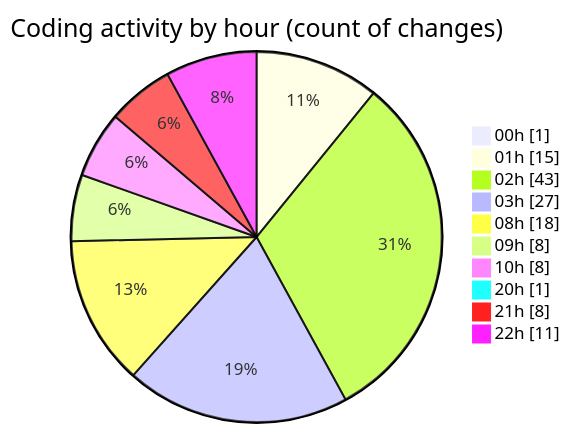
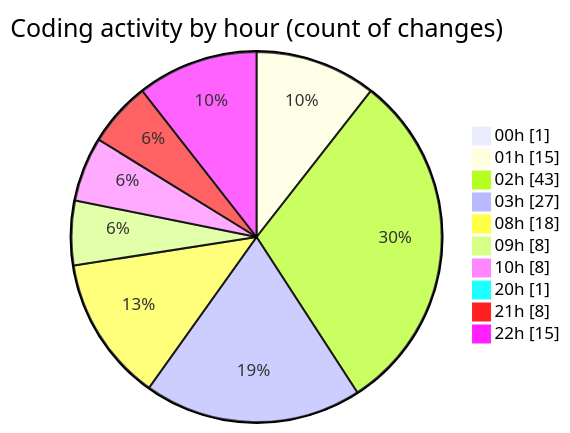
The second of 2 diagrams in 2025-05-01/niten/README.md (Elitesun/code-tracking), drawn with Mermaid before and after one commit. The commit also changed other lines of this file and 1 other file, not shown here.

````diff
--- a/2025-05-01/niten/README.md
+++ b/2025-05-01/niten/README.md
@@ -71,14 +71,14 @@
 ```mermaid
 pie showData
 title Coding activity by hour (count of changes)
 "00h" : 1
 "01h" : 15
 "02h" : 43
 "03h" : 27
 "08h" : 18
 "09h" : 8
 "10h" : 8
 "20h" : 1
 "21h" : 8
-"22h" : 11
+"22h" : 15
 ```
````
